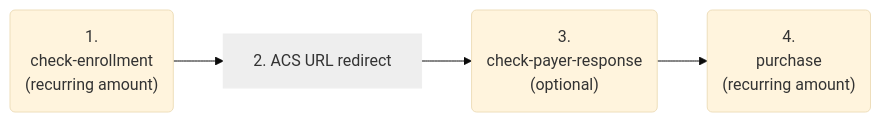
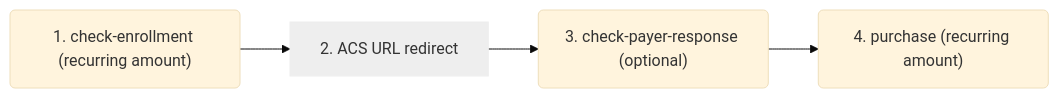
One commit to wirecard/merchant-documentation-gateway changed the eighth of 17 diagrams in 11-01-09-three-d-secure-two-payment-flows.adoc. Above: the diagram before and after it, drawn with Mermaid (base theme). The commit also changed other lines of this file and 1 other file, not shown here.

Commit message:
Update diagrams

```diff
--- a/11-01-09-three-d-secure-two-payment-flows.adoc
+++ b/11-01-09-three-d-secure-two-payment-flows.adoc
@@ -1497,9 +1497,9 @@
 [mermaid,API_CC_3DS2_PaymentFlows_MIT_FirstPaymentAndSubscription_First,svg,width=60]
 ----
 graph LR
-A("<center>1.<br>check-enrollment<br>(recurring amount)</center>")-->B
-B["<center>2. ACS URL redirect</center>"]-->C
-C("<center>3.<br>check-payer-response<br>(optional)</center>")-->D
-D("<center>4.<br>purchase<br>(recurring amount)</center>")
+A("1. check-enrollment (recurring amount)")-->B
+B["2. ACS URL redirect"]-->C
+C("3. check-payer-response (optional)")-->D
+D("4. purchase (recurring amount)")
 style B fill:#eee, stroke:#eee
 ----
```
